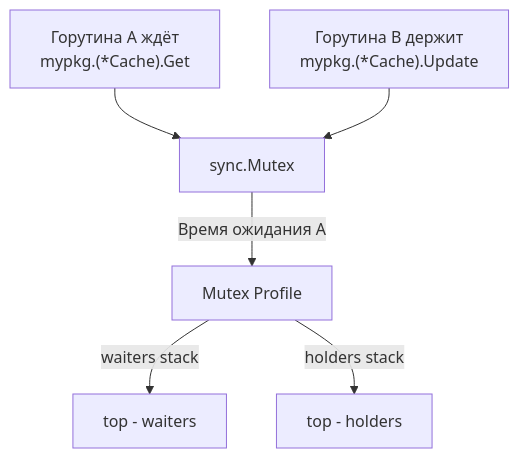
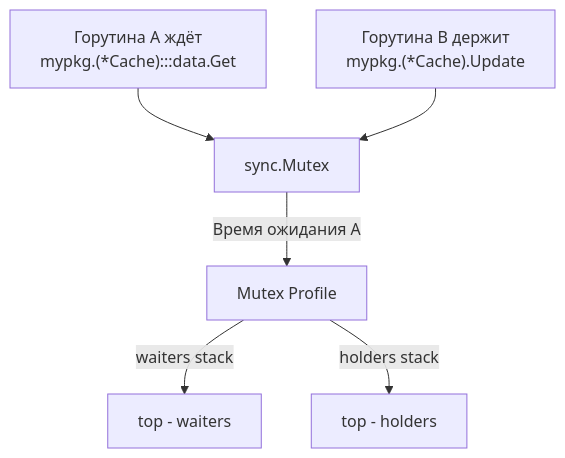
One commit to UnrealTemplier/go-textbook changed the second of 3 diagrams in sources/16. Профилирование, отладка и производительность/08. Runtime и инструменты/6. mutex profile.md. Above: the diagram before and after it, drawn with Mermaid. The commit also changed other lines of this file and 1666 other files, not shown here.

First line of the commit message:
feat(mermaid): add semantic color classDef to 1369 colorless flowchart/graph diagrams

````diff
--- a/sources/16. Профилирование, отладка и производительность/08. Runtime и инструменты/6. mutex profile.md
+++ b/sources/16. Профилирование, отладка и производительность/08. Runtime и инструменты/6. mutex profile.md
@@ -156,8 +166,18 @@
 ```mermaid
 flowchart TD
-    Contender["Горутина A ждёт<br/>mypkg.(*Cache).Get"] --> Mutex["sync.Mutex"]
+    classDef process  fill:#1e293b,stroke:#38bdf8,stroke-width:1px,color:#f8fafc
+    classDef success  fill:#064e3b,stroke:#34d399,stroke-width:1px,color:#f8fafc
+    classDef error    fill:#7f1d1d,stroke:#f87171,stroke-width:1px,color:#f8fafc
+    classDef warning  fill:#78350f,stroke:#fbbf24,stroke-width:1px,color:#f8fafc
+    classDef entry    fill:#1e3a5f,stroke:#38bdf8,stroke-width:2px,color:#f8fafc
+    classDef aux      fill:#334155,stroke:#64748b,stroke-width:1px,color:#f8fafc
+    classDef system   fill:#312e81,stroke:#a78bfa,stroke-width:1px,color:#f8fafc
+    classDef data     fill:#132d29,stroke:#2dd4bf,stroke-width:1px,color:#f8fafc
+    classDef network  fill:#881337,stroke:#fb7185,stroke-width:1px,color:#f8fafc
+    classDef accent   fill:#1e1b4b,stroke:#818cf8,stroke-width:1px,color:#f8fafc
+    Contender["Горутина A ждёт<br/>mypkg.(*Cache):::data.Get"] --> Mutex["sync.Mutex"]
     Holder["Горутина B держит<br/>mypkg.(*Cache).Update"] --> Mutex
     Mutex -->|"Время ожидания A"| Profile["Mutex Profile"]
     Profile -->|"waiters stack"| TopWait["top - waiters"]
     Profile -->|"holders stack"| TopHold["top - holders"]
 ```
````
